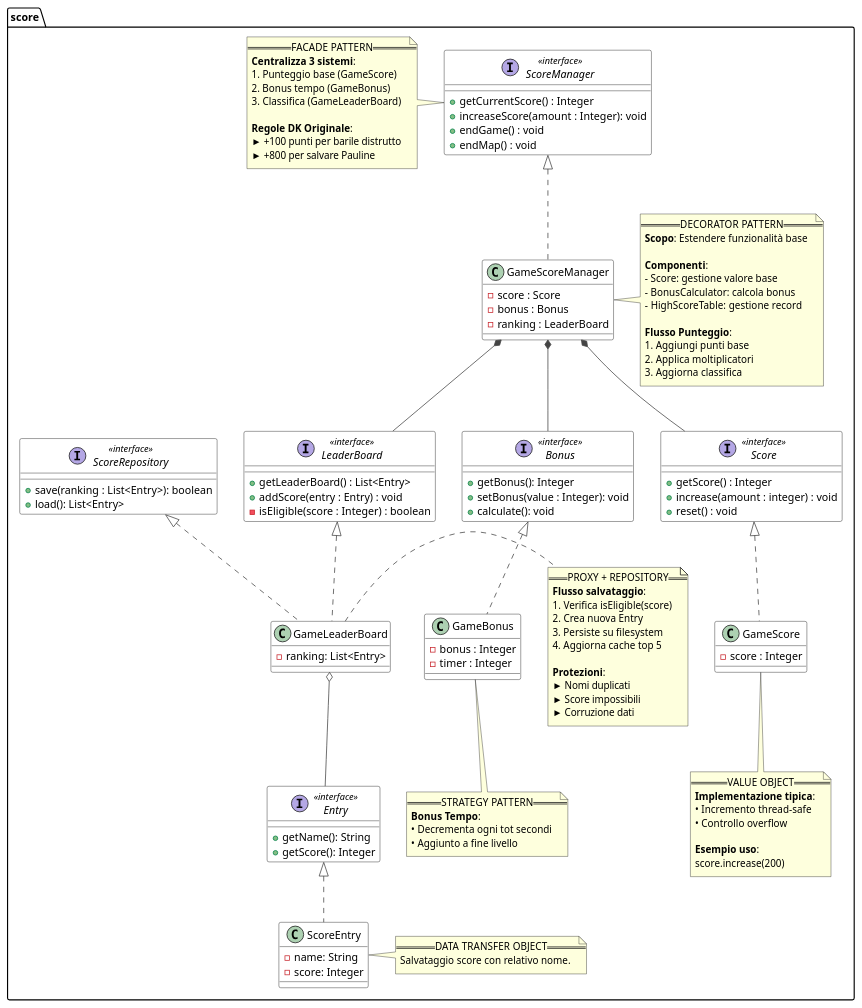
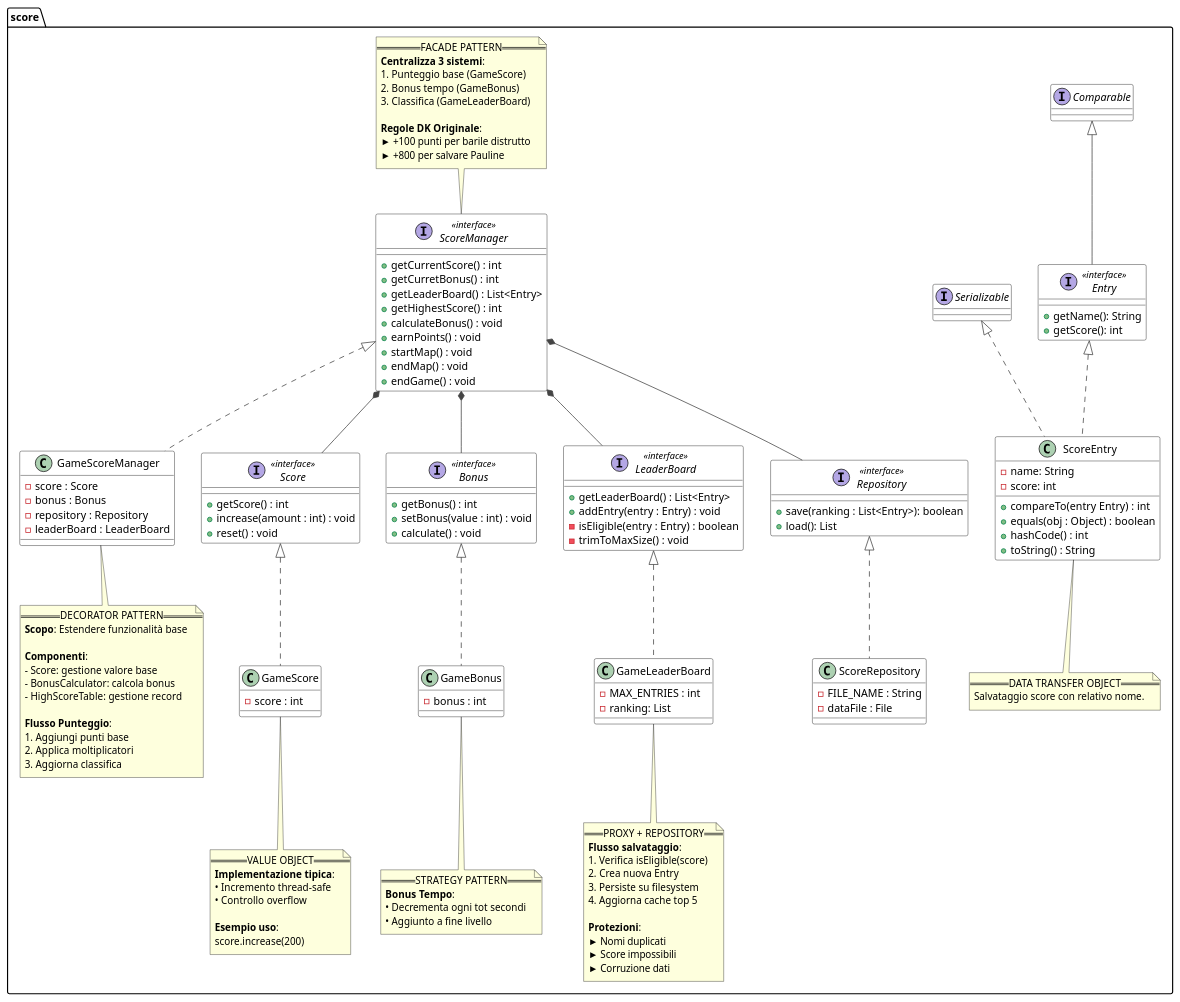
One commit to unibo-oop-projects/OOP24-AlessandroRebosio-FilippoRicciotti-Grace-GraziaBochdanovits-RenovateBot-coffeBreak changed the diagram in uml-diagram/model/score.puml. Above: the diagram before and after it, drawn with PlantUML.

Commit message:
Fix: score on uml-diagram

```diff
--- a/uml-diagram/model/score.puml
+++ b/uml-diagram/model/score.puml
@@ -1,135 +1,152 @@
 @startuml coffeBreak.score
 
     skinparam class {
         BackgroundColor White
         BorderColor Black
         ArrowColor #444
         NoteBackgroundColor #F9F9F9
     }
 
     package score {
 
         interface ScoreManager <<interface>> {
-            + getCurrentScore() : Integer
-            + increaseScore(amount : Integer): void
+            + getCurrentScore() : int
+            + getCurretBonus() : int
+            + getLeaderBoard() : List<Entry>
+            + getHighestScore() : int
+            + calculateBonus() : void
+            + earnPoints() : void
+            + startMap() : void
+            + endMap() : void
             + endGame() : void
-            + endMap() : void
         }
         
         class GameScoreManager implements ScoreManager {
             - score : Score
             - bonus : Bonus
-            - ranking : LeaderBoard
+            - repository : Repository
+            - leaderBoard : LeaderBoard
         }
         
         interface Score <<interface>> {
-            + getScore() : Integer
-            + increase(amount : integer) : void
+            + getScore() : int
+            + increase(amount : int) : void
             + reset() : void
         }
         
         class GameScore implements Score {
-            - score : Integer
+            - score : int
         }
         
         interface Bonus <<interface>> {
-            + getBonus(): Integer
-            + setBonus(value : Integer): void
-            + calculate(): void
+            + getBonus() : int
+            + setBonus(value : int) : void
+            + calculate() : void
         }
         
         class GameBonus implements Bonus {
-            - bonus : Integer
-            - timer : Integer
+            - bonus : int
         }
         
         interface LeaderBoard <<interface>> {
             + getLeaderBoard() : List<Entry>
-            + addScore(entry : Entry) : void
-            - isEligible(score : Integer) : boolean
+            + addEntry(entry : Entry) : void
+            - isEligible(entry : Entry) : boolean
+            - trimToMaxSize() : void
         }
         
-        interface ScoreRepository <<interface>> {
+        class GameLeaderBoard implements LeaderBoard {
+            - MAX_ENTRIES : int
+            - ranking: List
+        }
+
+        interface Repository <<interface>> {
             + save(ranking : List<Entry>): boolean
-            + load(): List<Entry>
+            + load(): List
         }
         
-        class GameLeaderBoard implements LeaderBoard, ScoreRepository {
-            - ranking: List<Entry>
+        class ScoreRepository implements Repository {
+            - FILE_NAME : String
+            - dataFile : File
+        }
+
+        interface Entry <<interface>> extends Comparable {
+            + getName(): String
+            + getScore(): int
         }
         
-        interface Entry <<interface>> {
-            + getName(): String
-            + getScore(): Integer
-        }
-        
-        class ScoreEntry implements Entry {
+        class ScoreEntry implements Entry, Serializable {
             - name: String
-            - score: Integer
+            - score: int
+            + compareTo(entry Entry) : int
+            + equals(obj : Object) : boolean
+            + hashCode() : int
+            + toString() : String
         }
 
-        GameScoreManager *-- Score
-        GameScoreManager *-- Bonus
-        GameScoreManager *-- LeaderBoard
-        GameLeaderBoard o-- Entry
+        ScoreManager *-- Score
+        ScoreManager *-- Bonus
+        ScoreManager *-- LeaderBoard
+        ScoreManager *-- Repository
+        ' GameLeaderBoard o-- Entry
         
-        note left of ScoreManager
+        note top of ScoreManager
             == FACADE PATTERN ==
             **Centralizza 3 sistemi**:
             1. Punteggio base (GameScore)
             2. Bonus tempo (GameBonus)
             3. Classifica (GameLeaderBoard)
             
             **Regole DK Originale**:
             ► +100 punti per barile distrutto
             ► +800 per salvare Pauline
         end note
-        note right of GameScoreManager
+        note bottom of GameScoreManager
             == DECORATOR PATTERN ==
             **Scopo**: Estendere funzionalità base
             
             **Componenti**:
             - Score: gestione valore base
             - BonusCalculator: calcola bonus
             - HighScoreTable: gestione record
             
             **Flusso Punteggio**:
             1. Aggiungi punti base
             2. Applica moltiplicatori
             3. Aggiorna classifica
         end note
         note bottom of GameScore
             == VALUE OBJECT ==
             **Implementazione tipica**:
             • Incremento thread-safe
             • Controllo overflow
             
             **Esempio uso**:
             score.increase(200)
         end note
         note bottom of GameBonus
             == STRATEGY PATTERN ==
             **Bonus Tempo**:
             • Decrementa ogni tot secondi
             • Aggiunto a fine livello
         end note
-        note right of GameLeaderBoard
+        note bottom of GameLeaderBoard
             == PROXY + REPOSITORY ==
             **Flusso salvataggio**:
             1. Verifica isEligible(score)
             2. Crea nuova Entry
             3. Persiste su filesystem
             4. Aggiorna cache top 5
             
             **Protezioni**:
             ► Nomi duplicati
             ► Score impossibili
             ► Corruzione dati
         end note
-        note right of ScoreEntry
+        note bottom of ScoreEntry
             == DATA TRANSFER OBJECT ==
             Salvataggio score con relativo nome.
         end note
     }
 
 @enduml
```
